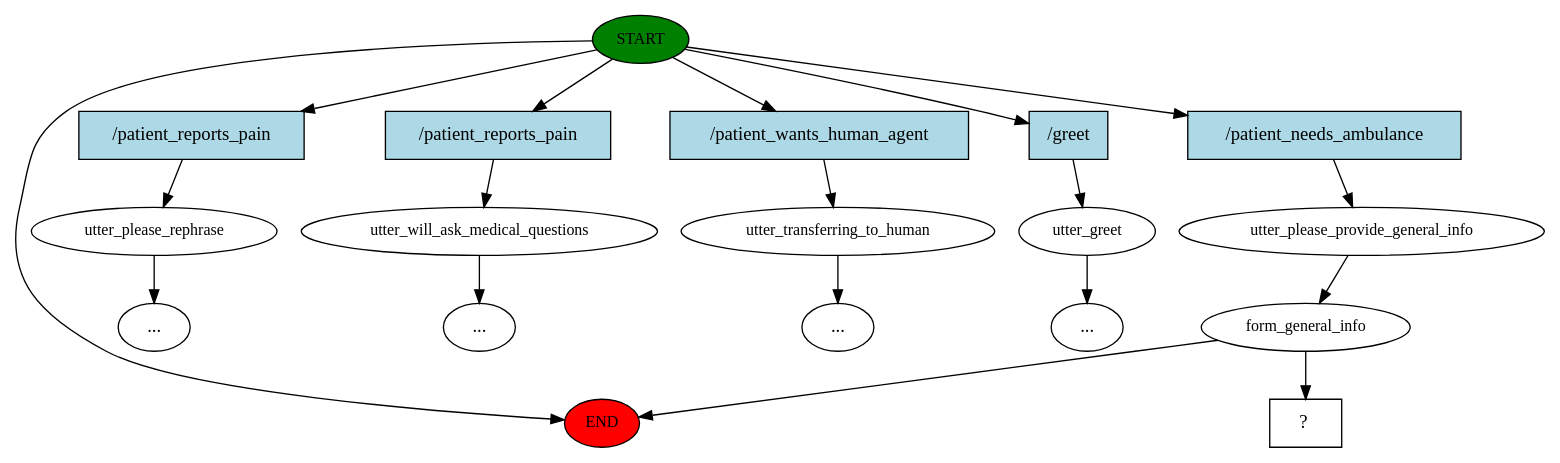
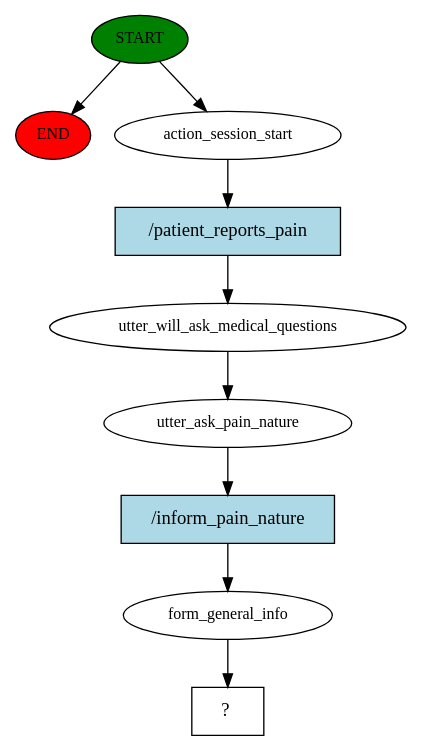
One commit to halixness/HMD-Dispatcher changed the diagram in story_graph.dot. Above: the diagram before and after it, drawn with Graphviz. The commit also changed 8 other files, not shown here.

Commit message:
new data-driven medical questions setup

```diff
--- a/story_graph.dot
+++ b/story_graph.dot
@@ -1,38 +1,19 @@
 digraph  {
 0 [class="start active", fillcolor=green, fontsize=12, label=START, style=filled];
 "-1" [class=end, fillcolor=red, fontsize=12, label=END, style=filled];
-1 [class="", fontsize=12, label=utter_please_rephrase];
-"-3" [class=ellipsis, label="..."];
-2 [class="", fontsize=12, label=utter_will_ask_medical_questions];
-"-4" [class=ellipsis, label="..."];
-3 [class="", fontsize=12, label=utter_transferring_to_human];
-"-5" [class=ellipsis, label="..."];
-4 [class="", fontsize=12, label=utter_greet];
-"-7" [class=ellipsis, label="..."];
-6 [class=active, fontsize=12, label=utter_please_provide_general_info];
-7 [class=active, fontsize=12, label=form_general_info];
-10 [class="intent dashed active", label="  ?  ", shape=rect];
-11 [class=intent, fillcolor=lightblue, label="/patient_reports_pain", shape=rect, style=filled];
-12 [class=intent, fillcolor=lightblue, label="/patient_reports_pain", shape=rect, style=filled];
-13 [class=intent, fillcolor=lightblue, label="/patient_wants_human_agent", shape=rect, style=filled];
-14 [class=intent, fillcolor=lightblue, label="/greet", shape=rect, style=filled];
-15 [class="intent active", fillcolor=lightblue, label="/patient_needs_ambulance", shape=rect, style=filled];
+1 [class=active, fontsize=12, label=action_session_start];
+2 [class=active, fontsize=12, label=utter_will_ask_medical_questions];
+3 [class=active, fontsize=12, label=utter_ask_pain_nature];
+4 [class=active, fontsize=12, label=form_general_info];
+5 [class="intent dashed active", label="  ?  ", shape=rect];
+6 [class="intent active", fillcolor=lightblue, label="/patient_reports_pain", shape=rect, style=filled];
+7 [class="intent active", fillcolor=lightblue, label="/inform_pain_nature", shape=rect, style=filled];
 0 -> "-1"  [class="", key=NONE, label=""];
-0 -> 11  [class="", key=0];
-0 -> 12  [class="", key=0];
-0 -> 13  [class="", key=0];
-0 -> 14  [class="", key=0];
-0 -> 15  [class=active, key=0];
-1 -> "-3"  [class="", key=NONE, label=""];
-2 -> "-4"  [class="", key=NONE, label=""];
-3 -> "-5"  [class="", key=NONE, label=""];
-4 -> "-7"  [class="", key=NONE, label=""];
-6 -> 7  [class=active, key=NONE, label=""];
-7 -> "-1"  [class="", key=NONE, label=""];
-7 -> 10  [class=active, key=NONE, label=""];
-11 -> 1  [class="", key=0];
-12 -> 2  [class="", key=0];
-13 -> 3  [class="", key=0];
-14 -> 4  [class="", key=0];
-15 -> 6  [class=active, key=0];
+0 -> 1  [class=active, key=NONE, label=""];
+1 -> 6  [class=active, key=0];
+2 -> 3  [class=active, key=NONE, label=""];
+3 -> 7  [class=active, key=0];
+4 -> 5  [class=active, key=NONE, label=""];
+6 -> 2  [class=active, key=0];
+7 -> 4  [class=active, key=0];
 }
```
